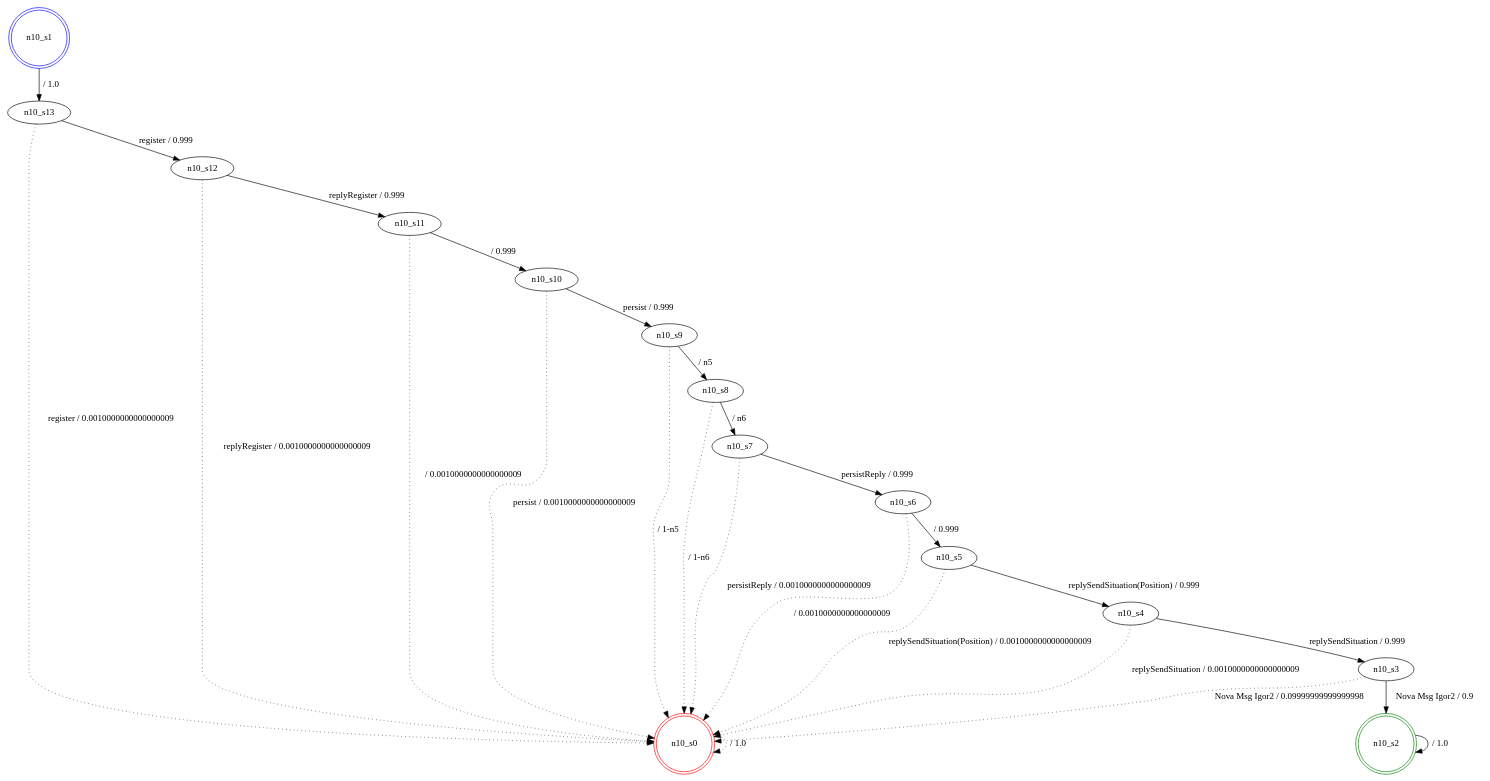
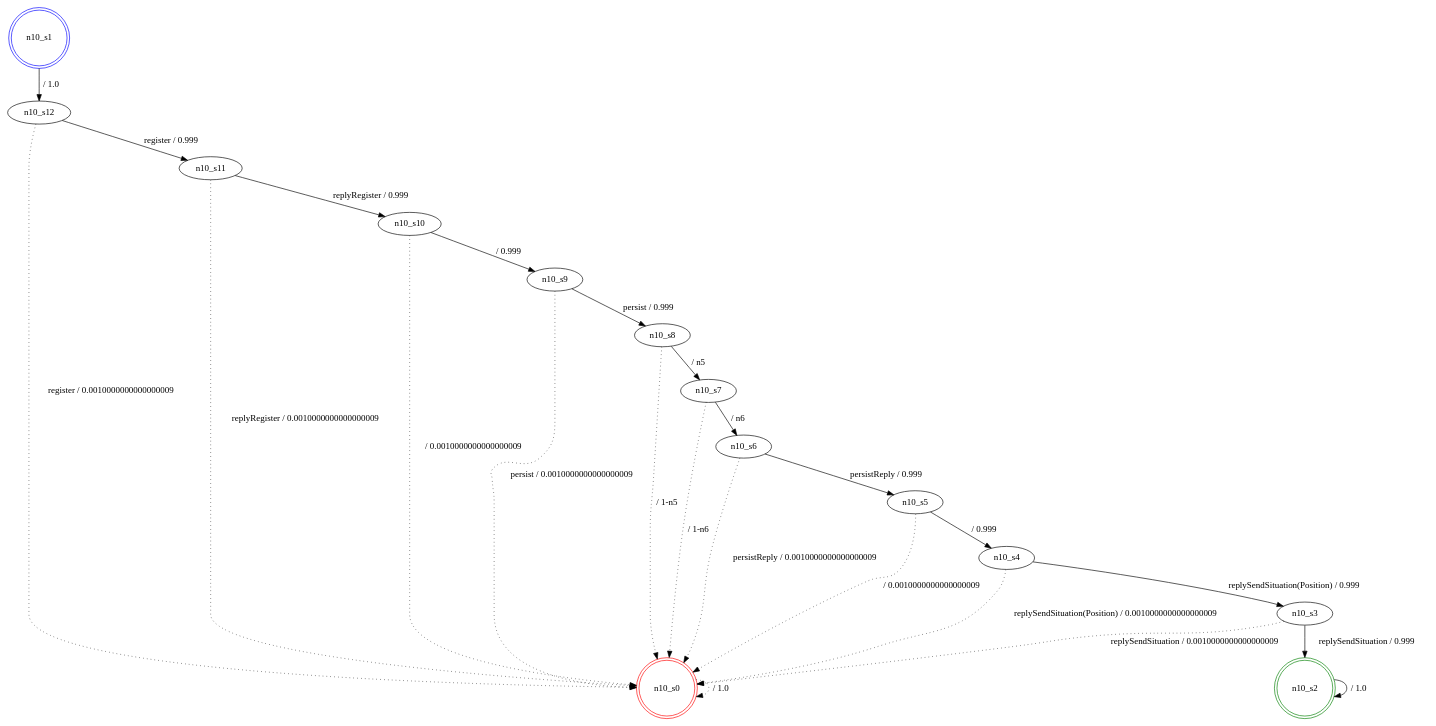
One commit to SPLMC/spl-generator changed the diagram in src/generatedModels/1/fdtmc_n10.dot. Above: the diagram before and after it, drawn with Graphviz. The commit also changed 17 other files, not shown here.

```diff
--- a/src/generatedModels/1/fdtmc_n10.dot
+++ b/src/generatedModels/1/fdtmc_n10.dot
@@ -1,41 +1,38 @@
 digraph graphname {
 n10_s0 [label="n10_s0",color=red,shape=doublecircle ];
 n10_s1 [label="n10_s1",color=blue,shape=doublecircle ];
 n10_s2 [label="n10_s2",color=green,shape=doublecircle ];
 n10_s3 [label="n10_s3" ];
 n10_s4 [label="n10_s4" ];
 n10_s5 [label="n10_s5" ];
 n10_s6 [label="n10_s6" ];
 n10_s7 [label="n10_s7" ];
 n10_s8 [label="n10_s8" ];
 n10_s9 [label="n10_s9" ];
 n10_s10 [label="n10_s10" ];
 n10_s11 [label="n10_s11" ];
 n10_s12 [label="n10_s12" ];
-n10_s13 [label="n10_s13" ];
 n10_s0 -> n10_s0 [label=" / 1.0", style=dotted];
-n10_s1 -> n10_s13 [label=" / 1.0"];
+n10_s1 -> n10_s12 [label=" / 1.0"];
 n10_s2 -> n10_s2 [label=" / 1.0"];
-n10_s3 -> n10_s2 [label="Nova Msg Igor2 / 0.9"];
-n10_s3 -> n10_s0 [label="Nova Msg Igor2 / 0.09999999999999998", style=dotted];
-n10_s4 -> n10_s3 [label="replySendSituation / 0.999"];
-n10_s4 -> n10_s0 [label="replySendSituation / 0.0010000000000000009", style=dotted];
-n10_s5 -> n10_s4 [label="replySendSituation(Position) / 0.999"];
-n10_s5 -> n10_s0 [label="replySendSituation(Position) / 0.0010000000000000009", style=dotted];
-n10_s6 -> n10_s5 [label=" / 0.999"];
-n10_s6 -> n10_s0 [label=" / 0.0010000000000000009", style=dotted];
-n10_s7 -> n10_s6 [label="persistReply / 0.999"];
-n10_s7 -> n10_s0 [label="persistReply / 0.0010000000000000009", style=dotted];
-n10_s8 -> n10_s7 [label=" / n6"];
-n10_s8 -> n10_s0 [label=" / 1-n6", style=dotted];
-n10_s9 -> n10_s8 [label=" / n5"];
-n10_s9 -> n10_s0 [label=" / 1-n5", style=dotted];
-n10_s10 -> n10_s9 [label="persist / 0.999"];
-n10_s10 -> n10_s0 [label="persist / 0.0010000000000000009", style=dotted];
-n10_s11 -> n10_s10 [label=" / 0.999"];
-n10_s11 -> n10_s0 [label=" / 0.0010000000000000009", style=dotted];
-n10_s12 -> n10_s11 [label="replyRegister / 0.999"];
-n10_s12 -> n10_s0 [label="replyRegister / 0.0010000000000000009", style=dotted];
-n10_s13 -> n10_s12 [label="register / 0.999"];
-n10_s13 -> n10_s0 [label="register / 0.0010000000000000009", style=dotted];
+n10_s3 -> n10_s2 [label="replySendSituation / 0.999"];
+n10_s3 -> n10_s0 [label="replySendSituation / 0.0010000000000000009", style=dotted];
+n10_s4 -> n10_s3 [label="replySendSituation(Position) / 0.999"];
+n10_s4 -> n10_s0 [label="replySendSituation(Position) / 0.0010000000000000009", style=dotted];
+n10_s5 -> n10_s4 [label=" / 0.999"];
+n10_s5 -> n10_s0 [label=" / 0.0010000000000000009", style=dotted];
+n10_s6 -> n10_s5 [label="persistReply / 0.999"];
+n10_s6 -> n10_s0 [label="persistReply / 0.0010000000000000009", style=dotted];
+n10_s7 -> n10_s6 [label=" / n6"];
+n10_s7 -> n10_s0 [label=" / 1-n6", style=dotted];
+n10_s8 -> n10_s7 [label=" / n5"];
+n10_s8 -> n10_s0 [label=" / 1-n5", style=dotted];
+n10_s9 -> n10_s8 [label="persist / 0.999"];
+n10_s9 -> n10_s0 [label="persist / 0.0010000000000000009", style=dotted];
+n10_s10 -> n10_s9 [label=" / 0.999"];
+n10_s10 -> n10_s0 [label=" / 0.0010000000000000009", style=dotted];
+n10_s11 -> n10_s10 [label="replyRegister / 0.999"];
+n10_s11 -> n10_s0 [label="replyRegister / 0.0010000000000000009", style=dotted];
+n10_s12 -> n10_s11 [label="register / 0.999"];
+n10_s12 -> n10_s0 [label="register / 0.0010000000000000009", style=dotted];
 }
```
